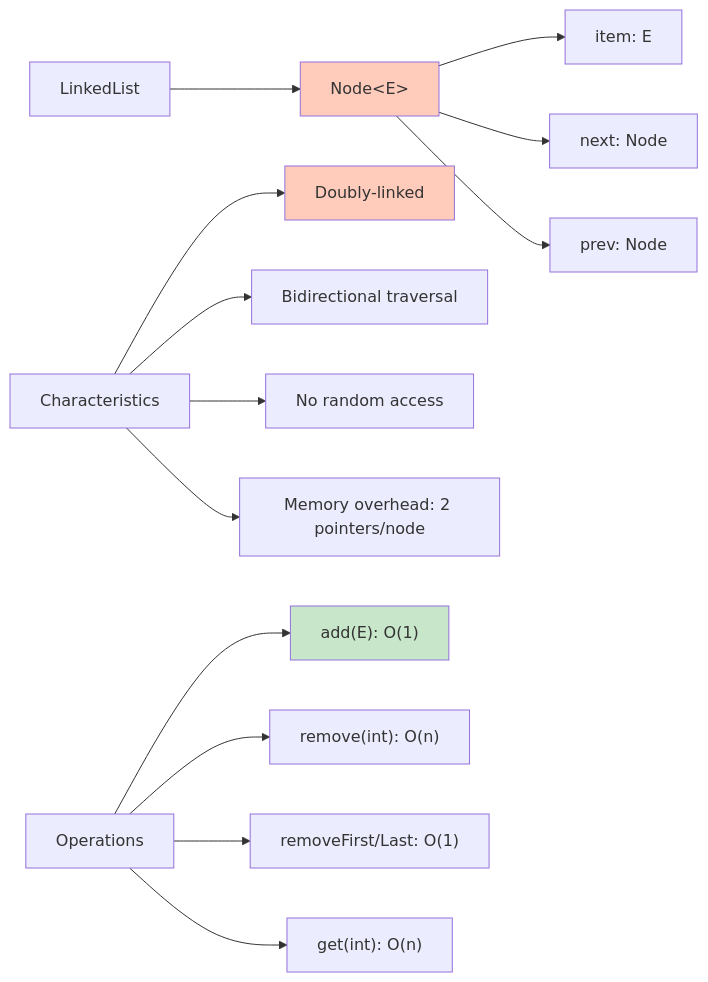
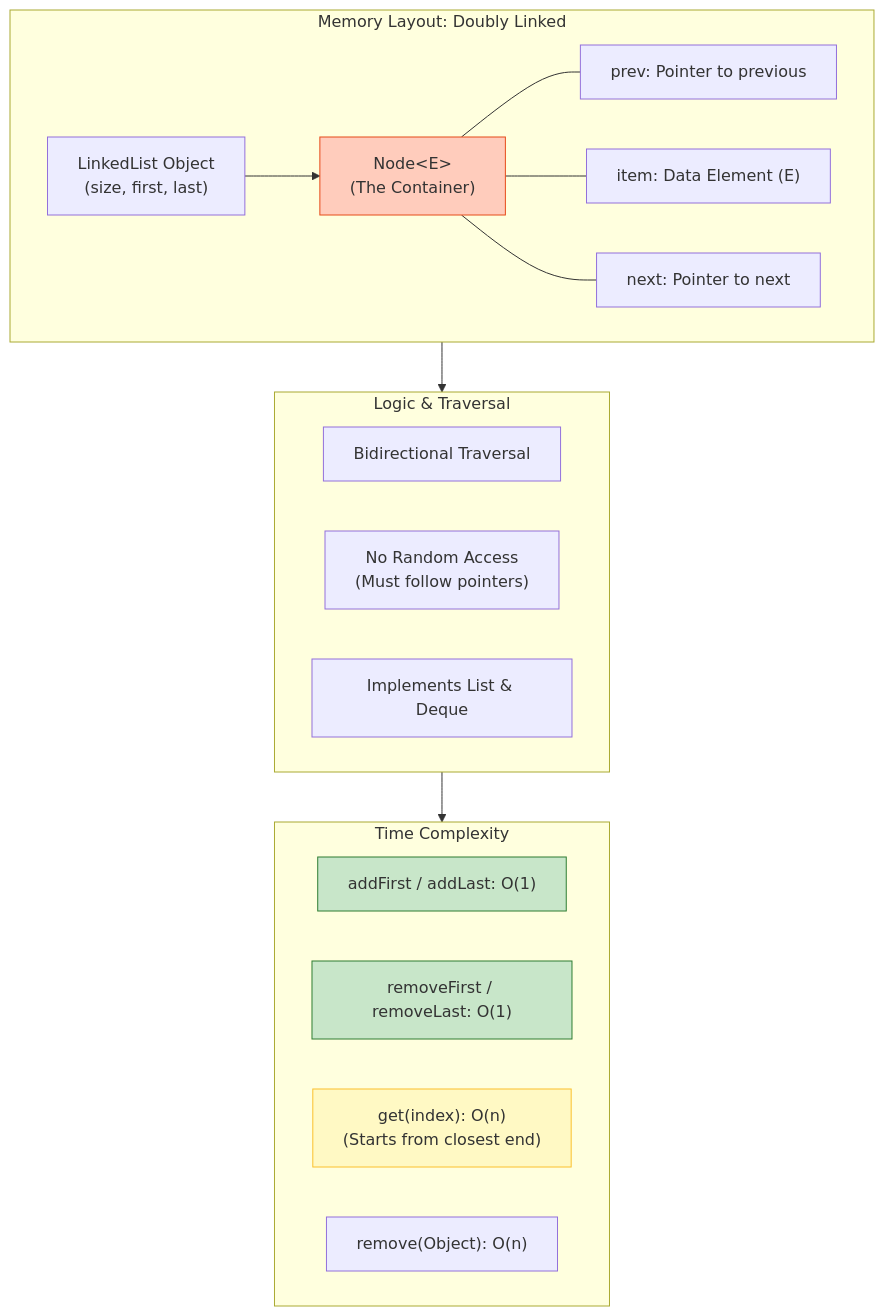
One commit to srinidevlearn/java-learn-collections changed the sixth of 29 diagrams in README.md. Above: the diagram before and after it, drawn with Mermaid.

````diff
--- a/README.md
+++ b/README.md
@@ -192,21 +192,40 @@
 ```mermaid
-graph LR
-    A["LinkedList"] --> B["Node&lt;E&gt;"]
-    B --> B1["item: E"]
-    B --> B2["next: Node"]
-    B --> B3["prev: Node"]
-    
-    C["Characteristics"] --> C1["Doubly-linked"]
-    C --> C2["Bidirectional traversal"]
-    C --> C3["No random access"]
-    C --> C4["Memory overhead: 2 pointers/node"]
-    
-    D["Operations"] --> D1["add(E): O(1)"]
-    D --> D2["remove(int): O(n)"]
-    D --> D3["removeFirst/Last: O(1)"]
-    D --> D4["get(int): O(n)"]
-    
-    style B fill:#ffccbc
-    style C1 fill:#ffccbc
-    style D1 fill:#c8e6c9
+graph TD
+    %% Physical Structure
+    subgraph Structure [Memory Layout: Doubly Linked]
+        Header["LinkedList Object<br/>(size, first, last)"]
+        
+        Node["Node&lt;E&gt;<br/>(The Container)"]
+        
+        Header --> Node
+        
+        Node --- P["prev: Pointer to previous"]
+        Node --- I["item: Data Element (E)"]
+        Node --- N["next: Pointer to next"]
+    end
+
+    %% Capabilities
+    subgraph Capabilities [Logic & Traversal]
+        C1["Bidirectional Traversal"]
+        C2["No Random Access<br/>(Must follow pointers)"]
+        C3["Implements List & Deque"]
+    end
+
+    Structure --> Capabilities
+
+    %% Big-O Performance
+    subgraph Performance [Time Complexity]
+        D1["addFirst / addLast: O(1)"]
+        D2["removeFirst / removeLast: O(1)"]
+        D3["get(index): O(n)<br/>(Starts from closest end)"]
+        D4["remove(Object): O(n)"]
+    end
+
+    Capabilities --> Performance
+
+    %% Styling
+    style Node fill:#ffccbc,stroke:#e64a19
+    style D1 fill:#c8e6c9,stroke:#2e7d32
+    style D2 fill:#c8e6c9,stroke:#2e7d32
+    style D3 fill:#fff9c4,stroke:#fbc02d
 ```
````
